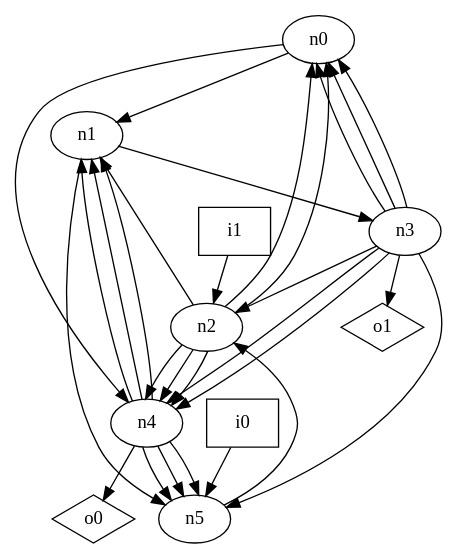
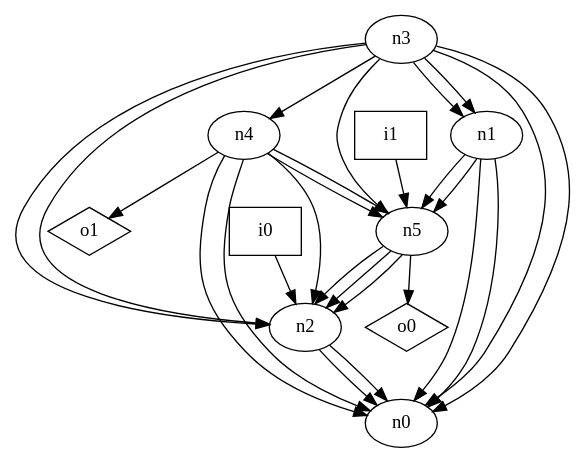
Before and after one commit to p9romain/bool-circuits: the diagram in dot_files/random_graph/oriented_graph.dot, drawn with Graphviz. The commit also changed 46 other files, not shown here.

```diff
--- a/dot_files/random_graph/oriented_graph.dot
+++ b/dot_files/random_graph/oriented_graph.dot
@@ -1,40 +1,38 @@
 digraph G {
 n0 [label="n0"];
 n1 [label="n1"];
 n2 [label="n2"];
 n3 [label="n3"];
 n4 [label="n4"];
 n5 [label="n5"];
 n6 [label="i0",shape="box"];
 n7 [label="i1",shape="box"];
 n8 [label="o0",shape="diamond"];
 n9 [label="o1",shape="diamond"];
-n0 -> n1
-n0 -> n4
-n1 -> n3
+n1 -> n0
+n1 -> n0
+n1 -> n5
 n1 -> n5
 n2 -> n0
 n2 -> n0
-n2 -> n1
-n2 -> n4
-n2 -> n4
-n2 -> n4
 n3 -> n0
 n3 -> n0
-n3 -> n0
+n3 -> n1
+n3 -> n1
+n3 -> n2
 n3 -> n2
 n3 -> n4
-n3 -> n4
 n3 -> n5
-n3 -> n9
-n4 -> n1
-n4 -> n1
-n4 -> n1
+n4 -> n0
+n4 -> n0
+n4 -> n2
 n4 -> n5
 n4 -> n5
-n4 -> n5
-n4 -> n8
+n4 -> n9
 n5 -> n2
-n6 -> n5
-n7 -> n2
+n5 -> n2
+n5 -> n2
+n5 -> n8
+n6 -> n2
+n7 -> n5
 }
```
